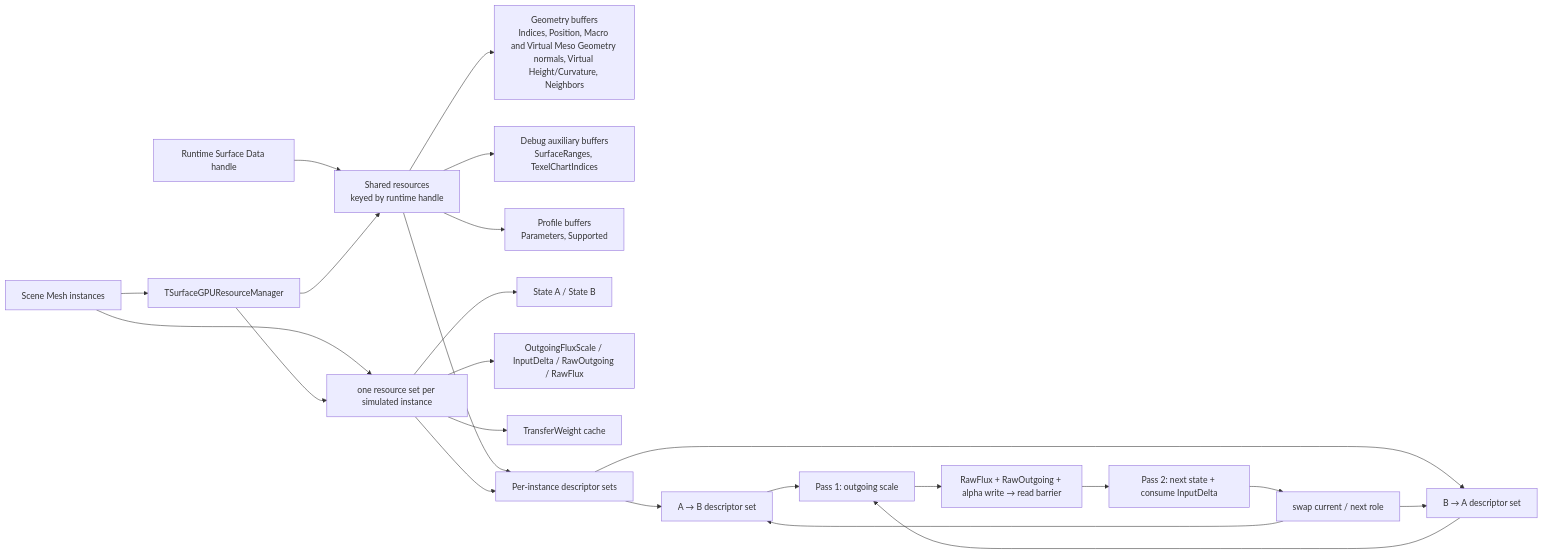
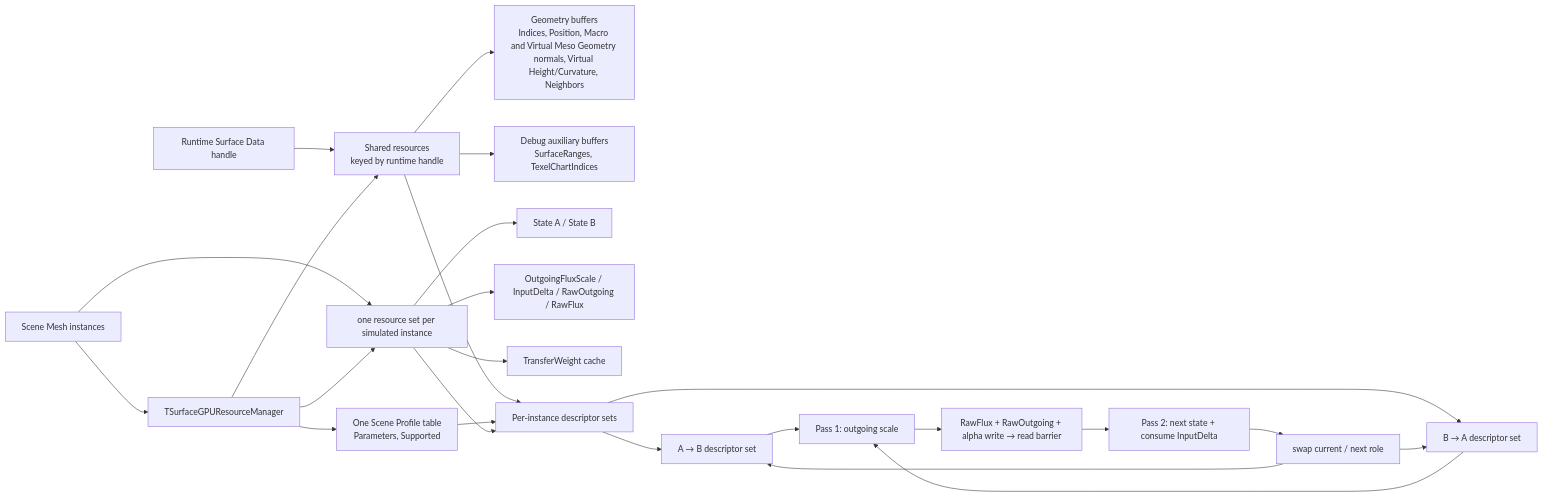
Before and after one commit to Yonaim/Material-Dependent-Surface-State-Engine: the first of 2 diagrams in Docs/MDSSP-Vault/04_Architecture/0008_Surface-GPU-Data-Layout.md, drawn with Mermaid. The commit also changed other lines of this file and 29 other files, not shown here.

````diff
--- a/Docs/MDSSP-Vault/04_Architecture/0008_Surface-GPU-Data-Layout.md
+++ b/Docs/MDSSP-Vault/04_Architecture/0008_Surface-GPU-Data-Layout.md
@@ -13,25 +13,26 @@
 ```mermaid
 flowchart LR
   Scene["Scene Mesh instances"] --> Manager["TSurfaceGPUResourceManager"]
   RuntimeHandle["Runtime Surface Data handle"] --> SharedResources
   Manager --> SharedResources["Shared resources\nkeyed by runtime handle"]
   SharedResources --> Geometry["Geometry buffers\nIndices, Position, Macro and Virtual Meso Geometry normals, Virtual Height/Curvature, Neighbors"]
   SharedResources --> DebugAux["Debug auxiliary buffers\nSurfaceRanges, TexelChartIndices"]
-  SharedResources --> Profile["Profile buffers\nParameters, Supported"]
+  Manager --> Profile["One Scene Profile table\nParameters, Supported"]
   Scene --> PerInstance["one resource set per simulated instance"]
   Manager --> PerInstance
   PerInstance --> State["State A / State B"]
   PerInstance --> Temp["OutgoingFluxScale / InputDelta / RawOutgoing / RawFlux"]
   PerInstance --> Cache["TransferWeight cache"]
   SharedResources --> Descriptor["Per-instance descriptor sets"]
+  Profile --> Descriptor
   PerInstance --> Descriptor
   Descriptor --> AB["A → B descriptor set"]
   Descriptor --> BA["B → A descriptor set"]
   AB --> Pass1["Pass 1: outgoing scale"]
   BA --> Pass1
   Pass1 --> Barrier["RawFlux + RawOutgoing + alpha write → read barrier"]
   Barrier --> Pass2["Pass 2: next state + consume InputDelta"]
   Pass2 --> Swap["swap current / next role"]
   Swap --> AB
   Swap --> BA
 ```
````
